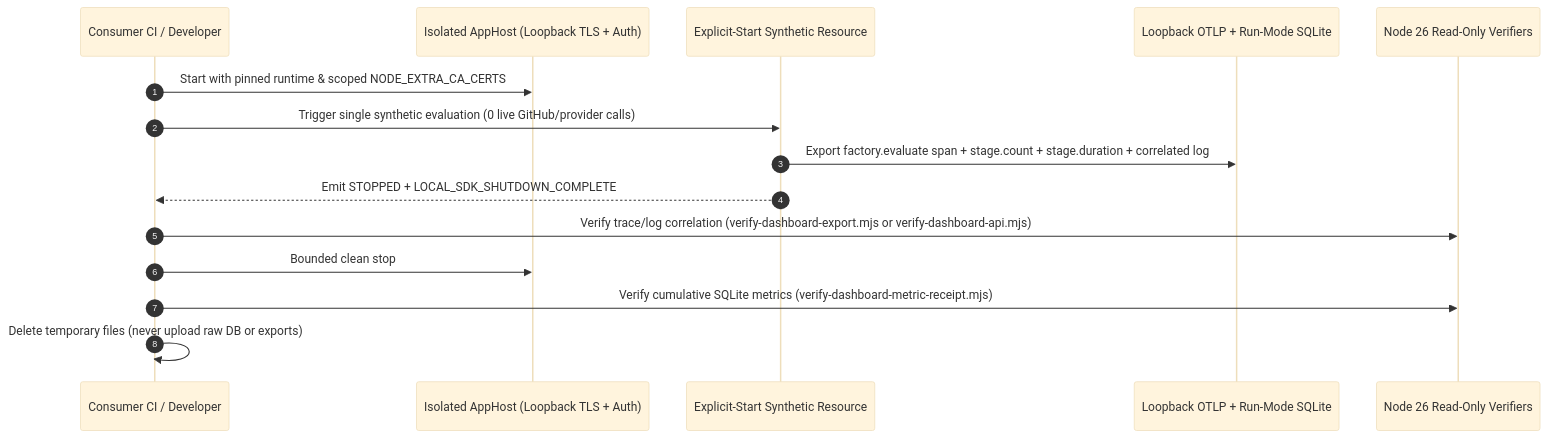
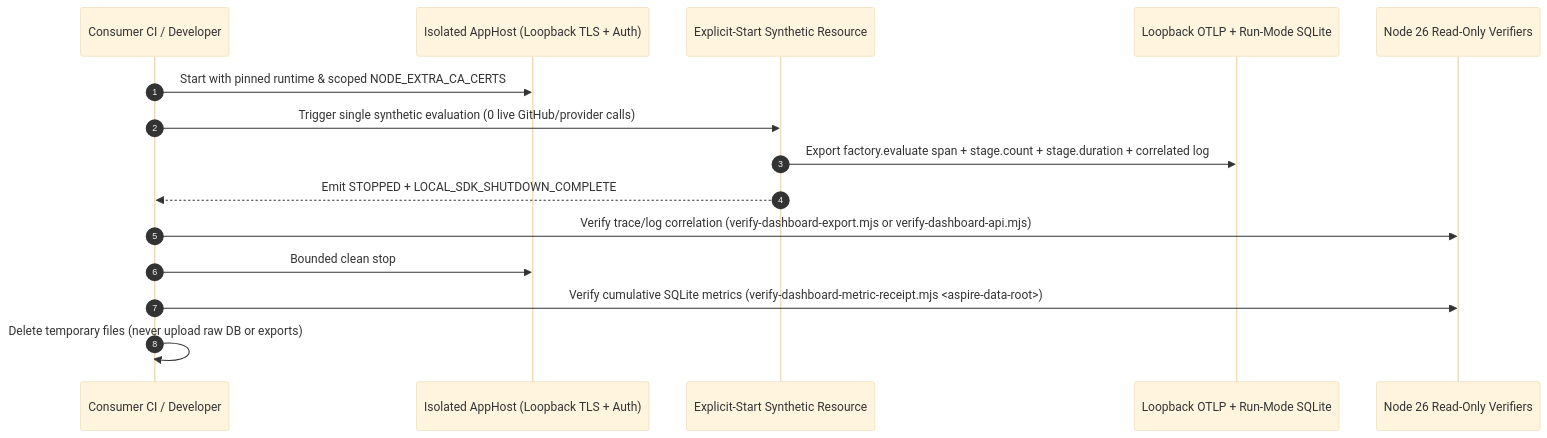
The diagram in docs/ASPIRE-CONSUMER-REFERENCE.md (Jamula/SoftwareFactory), drawn with Mermaid (base theme) before and after one commit. The commit also changed other lines of this file and 11 other files, not shown here.

````diff
--- a/docs/ASPIRE-CONSUMER-REFERENCE.md
+++ b/docs/ASPIRE-CONSUMER-REFERENCE.md
@@ -23,18 +23,18 @@
 ```mermaid
 sequenceDiagram
   autonumber
   participant Owner as Consumer CI / Developer
   participant Host as Isolated AppHost (Loopback TLS + Auth)
   participant Shadow as Explicit-Start Synthetic Resource
   participant Store as Loopback OTLP + Run-Mode SQLite
   participant Ver as Node 26 Read-Only Verifiers
 
   Owner->>Host: Start with pinned runtime & scoped NODE_EXTRA_CA_CERTS
   Owner->>Shadow: Trigger single synthetic evaluation (0 live GitHub/provider calls)
   Shadow->>Store: Export factory.evaluate span + stage.count + stage.duration + correlated log
   Shadow-->>Owner: Emit STOPPED + LOCAL_SDK_SHUTDOWN_COMPLETE
   Owner->>Ver: Verify trace/log correlation (verify-dashboard-export.mjs or verify-dashboard-api.mjs)
   Owner->>Host: Bounded clean stop
-  Owner->>Ver: Verify cumulative SQLite metrics (verify-dashboard-metric-receipt.mjs)
+  Owner->>Ver: Verify cumulative SQLite metrics (verify-dashboard-metric-receipt.mjs <aspire-data-root>)
   Owner->>Owner: Delete temporary files (never upload raw DB or exports)
 ```
````
